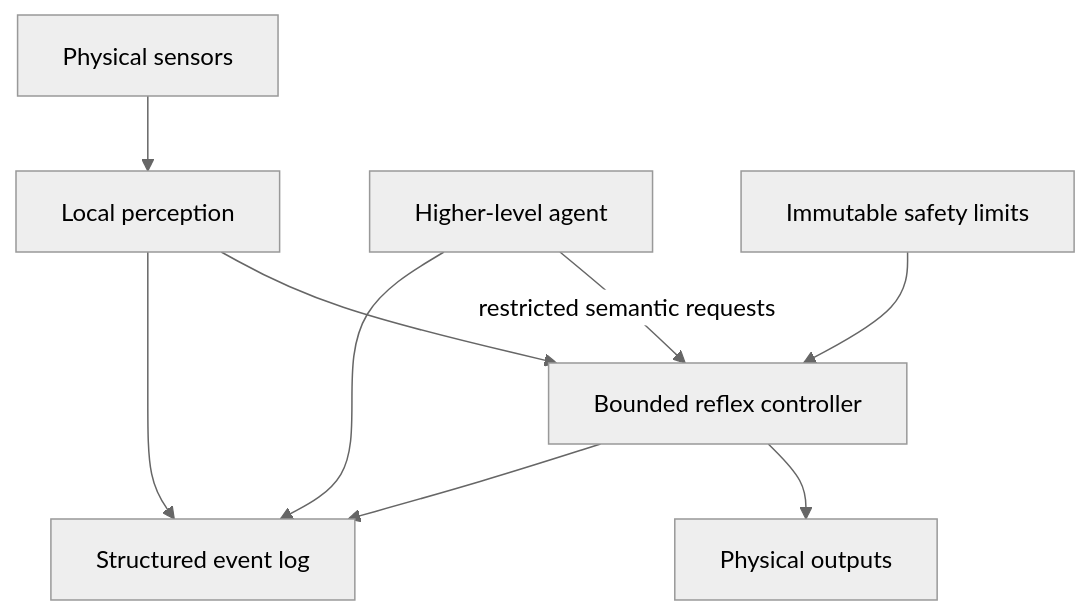
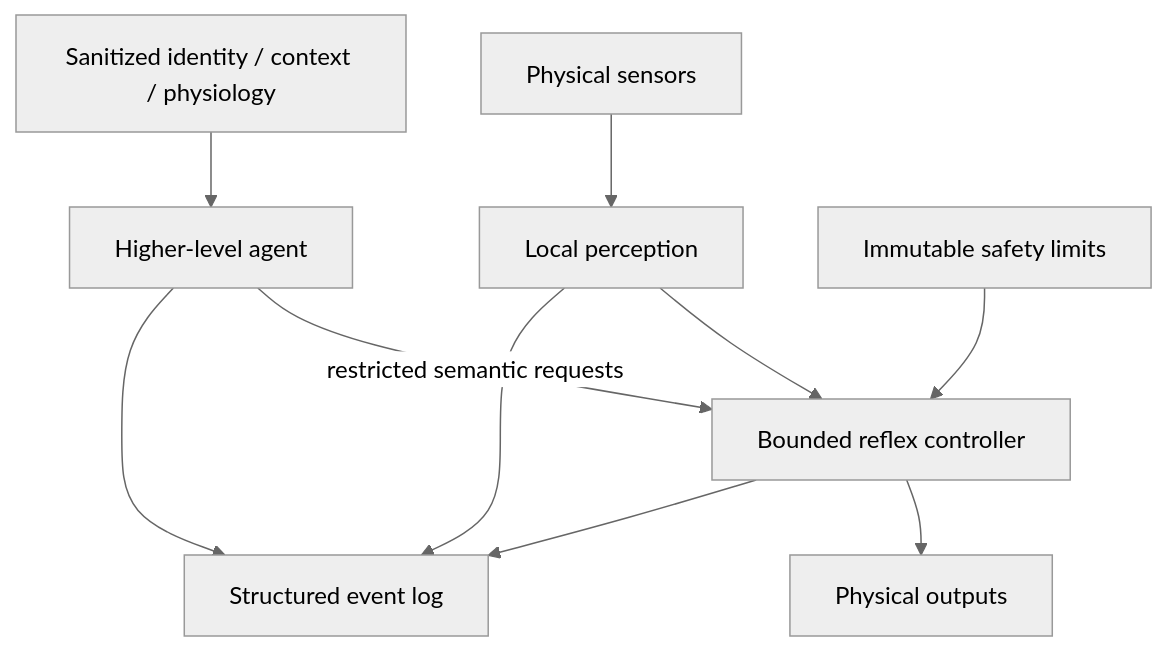
Before and after one commit to jkosai/embodied-ai-reflex: the diagram in README.md, drawn with Mermaid (neutral theme). The commit also changed other lines of this file and 4 other files, not shown here.

````diff
--- a/README.md
+++ b/README.md
@@ -25,13 +25,14 @@
 ```mermaid
 flowchart TD
     A[Physical sensors] --> B[Local perception]
     B --> C[Bounded reflex controller]
     C --> D[Physical outputs]
 
     E[Higher-level agent] -->|restricted semantic requests| C
     F[Immutable safety limits] --> C
+    H[Sanitized identity / context / physiology] --> E
 
     B --> G[Structured event log]
     C --> G
     E --> G
 ```
````
